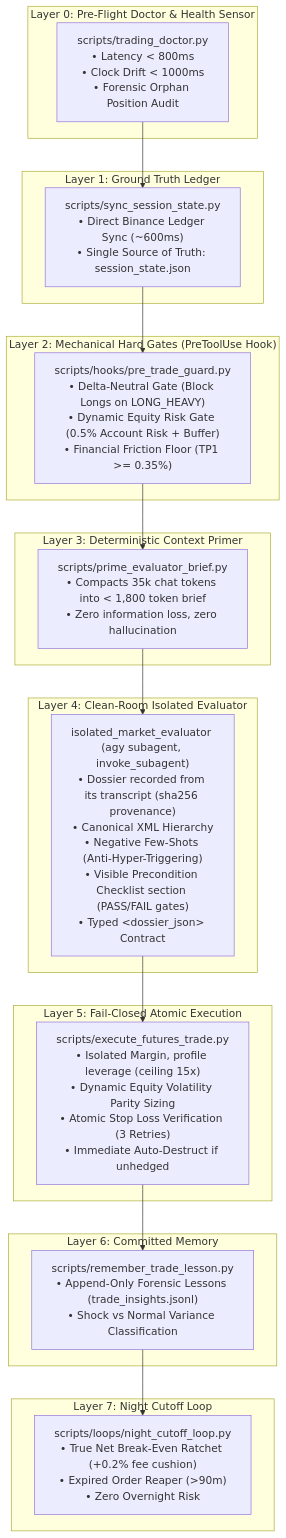
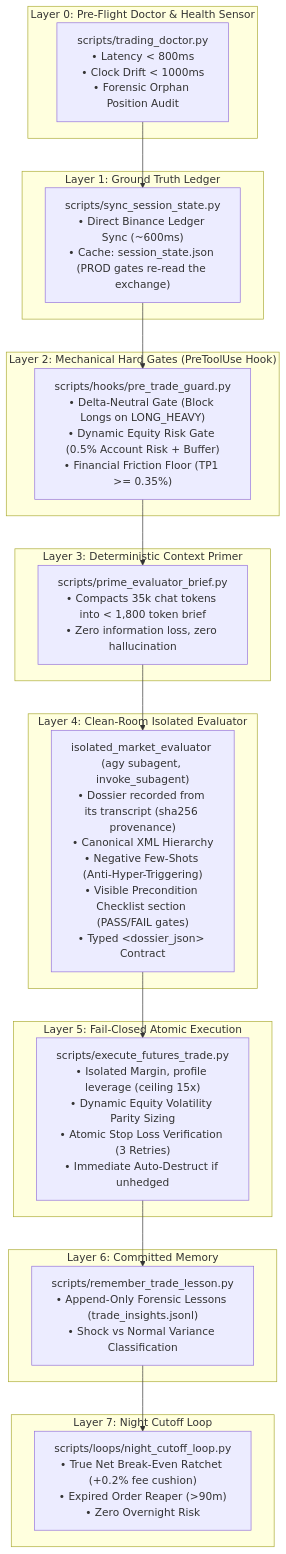
Before and after one commit to IgnacioN99/autonomous-trading-desk: the diagram in README.md, drawn with Mermaid. The commit also changed 14 other files, not shown here.

````diff
--- a/README.md
+++ b/README.md
@@ -27,36 +27,36 @@
 ```mermaid
 graph TD
     subgraph L0 ["Layer 0: Pre-Flight Doctor & Health Sensor"]
         DOC["scripts/trading_doctor.py<br/>• Latency < 800ms<br/>• Clock Drift < 1000ms<br/>• Forensic Orphan Position Audit"]
     end
 
     subgraph L1 ["Layer 1: Ground Truth Ledger"]
-        SYNC["scripts/sync_session_state.py<br/>• Direct Binance Ledger Sync (~600ms)<br/>• Single Source of Truth: session_state.json"]
+        SYNC["scripts/sync_session_state.py<br/>• Direct Binance Ledger Sync (~600ms)<br/>• Cache: session_state.json (PROD gates re-read the exchange)"]
     end
 
     subgraph L2 ["Layer 2: Mechanical Hard Gates (PreToolUse Hook)"]
         GATE["scripts/hooks/pre_trade_guard.py<br/>• Delta-Neutral Gate (Block Longs on LONG_HEAVY)<br/>• Dynamic Equity Risk Gate (0.5% Account Risk + Buffer)<br/>• Financial Friction Floor (TP1 >= 0.35%)"]
     end
 
     subgraph L3 ["Layer 3: Deterministic Context Primer"]
         BRIEF["scripts/prime_evaluator_brief.py<br/>• Compacts 35k chat tokens into &lt; 1,800 token brief<br/>• Zero information loss, zero hallucination"]
     end
 
     subgraph L4 ["Layer 4: Clean-Room Isolated Evaluator"]
         EVAL["isolated_market_evaluator (agy subagent, invoke_subagent)<br/>• Dossier recorded from its transcript (sha256 provenance)<br/>• Canonical XML Hierarchy<br/>• Negative Few-Shots (Anti-Hyper-Triggering)<br/>• Visible Precondition Checklist section (PASS/FAIL gates)<br/>• Typed &lt;dossier_json&gt; Contract"]
     end
 
     subgraph L5 ["Layer 5: Fail-Closed Atomic Execution"]
         EXEC["scripts/execute_futures_trade.py<br/>• Isolated Margin, profile leverage (ceiling 15x)<br/>• Dynamic Equity Volatility Parity Sizing<br/>• Atomic Stop Loss Verification (3 Retries)<br/>• Immediate Auto-Destruct if unhedged"]
     end
 
     subgraph L6 ["Layer 6: Committed Memory"]
         MEM["scripts/remember_trade_lesson.py<br/>• Append-Only Forensic Lessons (trade_insights.jsonl)<br/>• Shock vs Normal Variance Classification"]
     end
 
     subgraph L7 ["Layer 7: Night Cutoff Loop"]
         LOOP["scripts/loops/night_cutoff_loop.py<br/>• True Net Break-Even Ratchet (+0.2% fee cushion)<br/>• Expired Order Reaper (>90m)<br/>• Zero Overnight Risk"]
     end
 
     DOC --> SYNC --> GATE --> BRIEF --> EVAL --> EXEC --> MEM --> LOOP
 ```
````
